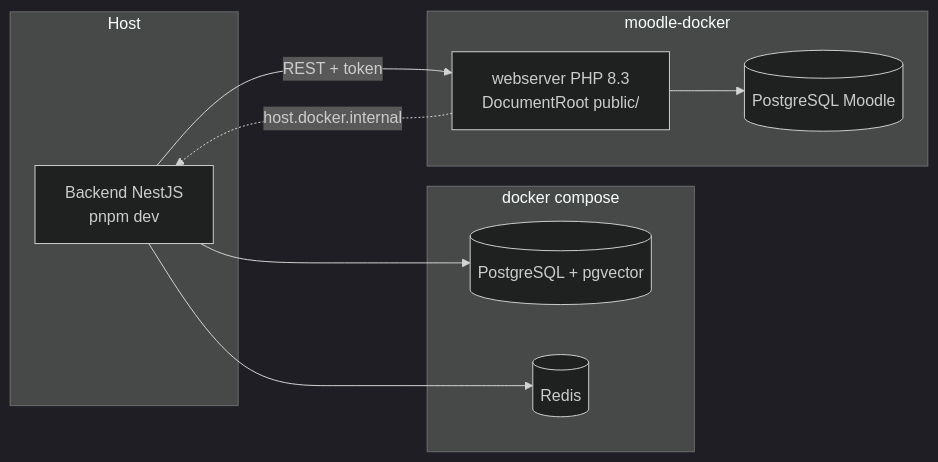
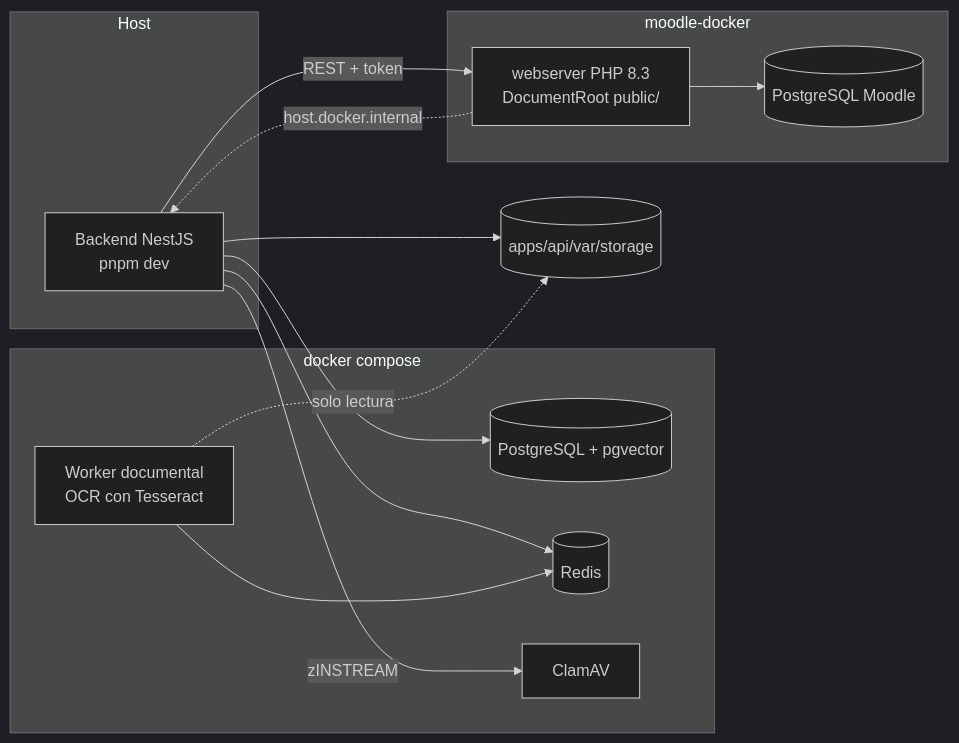
One commit to kiramman-mp3/sistema-gestion-aprendizaje-IA changed the diagram in docs/desarrollo/entorno-local.md. Above: the diagram before and after it, drawn with Mermaid (dark theme). The commit also changed other lines of this file, not shown here.

Commit message:
docs: explain ClamAV and the document worker in the local guide

````diff
--- a/docs/desarrollo/entorno-local.md
+++ b/docs/desarrollo/entorno-local.md
@@ -17,19 +19,25 @@
 ```mermaid
 graph LR
     subgraph Host
         API[Backend NestJS<br/>pnpm dev]
     end
     subgraph "docker compose"
         PG[(PostgreSQL + pgvector)]
         R[(Redis)]
+        AV[ClamAV]
+        DW[Worker documental<br/>OCR con Tesseract]
     end
     subgraph "moodle-docker"
         W[webserver PHP 8.3<br/>DocumentRoot public/]
         MDB[(PostgreSQL Moodle)]
     end
     API --> PG
     API --> R
+    API -->|zINSTREAM| AV
+    DW --> R
+    DW -.->|solo lectura| FS[(apps/api/var/storage)]
+    API --> FS
     API -->|REST + token| W
     W --> MDB
     W -.->|host.docker.internal| API
 ```
````
